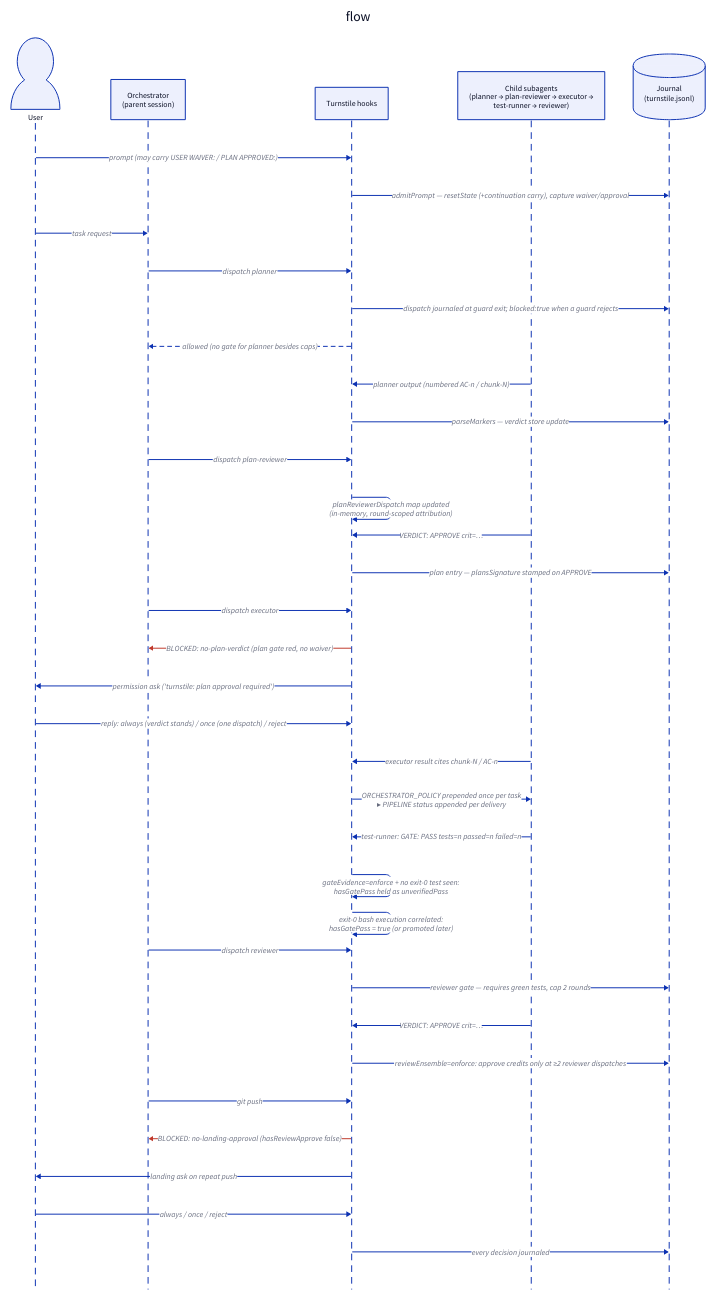
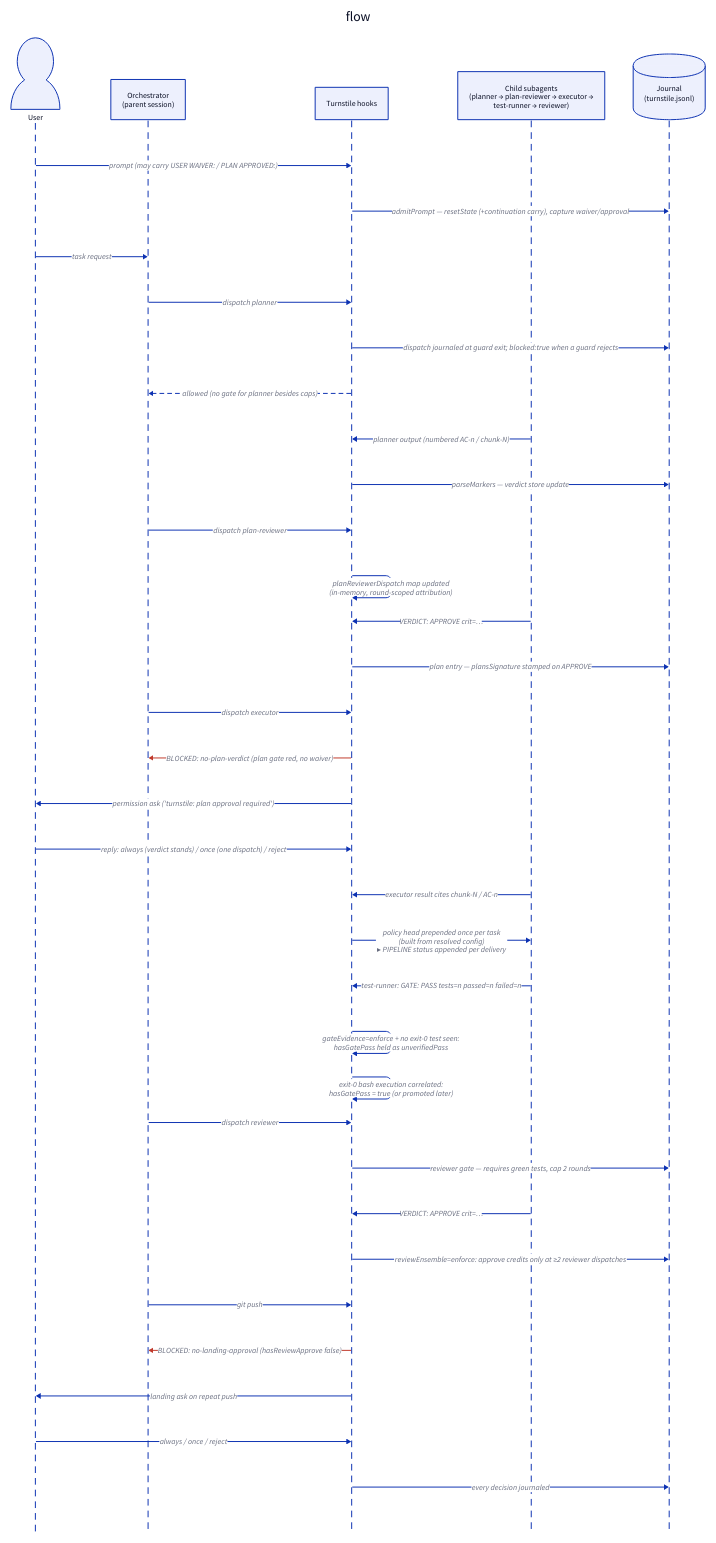
Before and after one commit to edseabolt/turnstile: the diagram in docs/diagrams/d03-task-flow.d2, drawn with D2. The commit also changed 14 other files, not shown here.

Commit message:
refactor(policy): build orchestrator policy text from resolved config

```diff
--- a/docs/diagrams/d03-task-flow.d2
+++ b/docs/diagrams/d03-task-flow.d2
@@ -1,57 +1,57 @@
 flow: {
   shape: sequence_diagram
   user: "User" {
     shape: person
   }
   orch: "Orchestrator\n(parent session)"
   hooks: "Turnstile hooks"
   agents: "Child subagents\n(planner → plan-reviewer → executor →\ntest-runner → reviewer)"
   journal: "Journal\n(turnstile.jsonl)" {
     shape: cylinder
   }
 
   user -> hooks: "prompt (may carry USER WAIVER: / PLAN APPROVED:)"
   hooks -> journal: "admitPrompt — resetState (+continuation carry), capture waiver/approval"
   user -> orch: "task request"
 
   orch -> hooks: "dispatch planner"
   hooks -> journal: "dispatch journaled at guard exit; blocked:true when a guard rejects"
   hooks -> orch: "allowed (no gate for planner besides caps)" {
     style.stroke-dash: 4
   }
   agents -> hooks: "planner output (numbered AC-n / chunk-N)"
   hooks -> journal: "parseMarkers — verdict store update"
 
   orch -> hooks: "dispatch plan-reviewer"
   hooks -> hooks: "planReviewerDispatch map updated\n(in-memory, round-scoped attribution)"
   agents -> hooks: "VERDICT: APPROVE crit=…"
   hooks -> journal: "plan entry — plansSignature stamped on APPROVE"
 
   orch -> hooks: "dispatch executor"
   hooks -> orch: "BLOCKED: no-plan-verdict (plan gate red, no waiver)" {
     style.stroke: "#c0392b"
   }
   hooks -> user: "permission ask ('turnstile: plan approval required')"
   user -> hooks: "reply: always (verdict stands) / once (one dispatch) / reject"
 
   agents -> hooks: "executor result cites chunk-N / AC-n"
-  hooks -> agents: "ORCHESTRATOR_POLICY prepended once per task\n▸ PIPELINE status appended per delivery"
+  hooks -> agents: "policy head prepended once per task\n(built from resolved config)\n▸ PIPELINE status appended per delivery"
 
   agents -> hooks: "test-runner: GATE: PASS tests=n passed=n failed=n"
   hooks -> hooks: "gateEvidence=enforce + no exit-0 test seen:\nhasGatePass held as unverifiedPass"
   hooks -> hooks: "exit-0 bash execution correlated:\nhasGatePass = true (or promoted later)"
 
   orch -> hooks: "dispatch reviewer"
   hooks -> journal: "reviewer gate — requires green tests, cap 2 rounds"
   agents -> hooks: "VERDICT: APPROVE crit=…"
   hooks -> journal: "reviewEnsemble=enforce: approve credits only at ≥2 reviewer dispatches"
 
   orch -> hooks: "git push"
   hooks -> orch: "BLOCKED: no-landing-approval (hasReviewApprove false)" {
     style.stroke: "#c0392b"
   }
   hooks -> user: "landing ask on repeat push"
   user -> hooks: "always / once / reject"
 
   hooks -> journal: "every decision journaled"
 }
```
